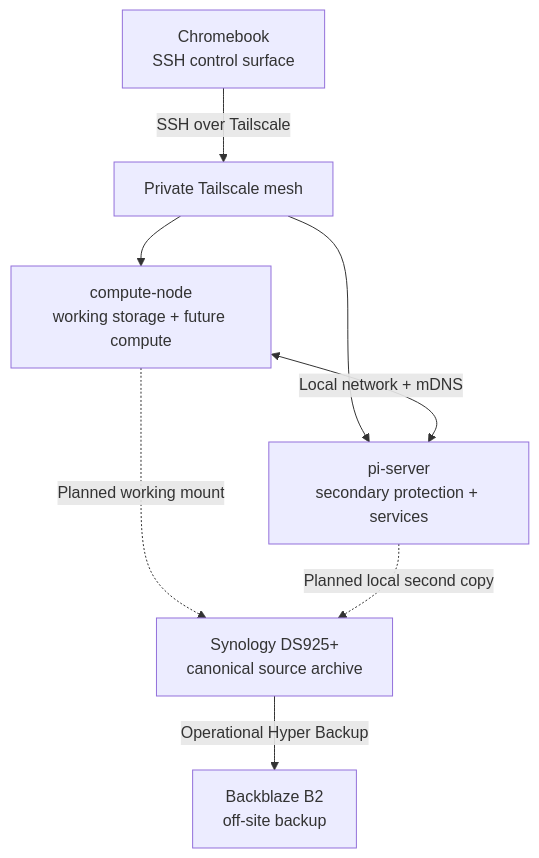
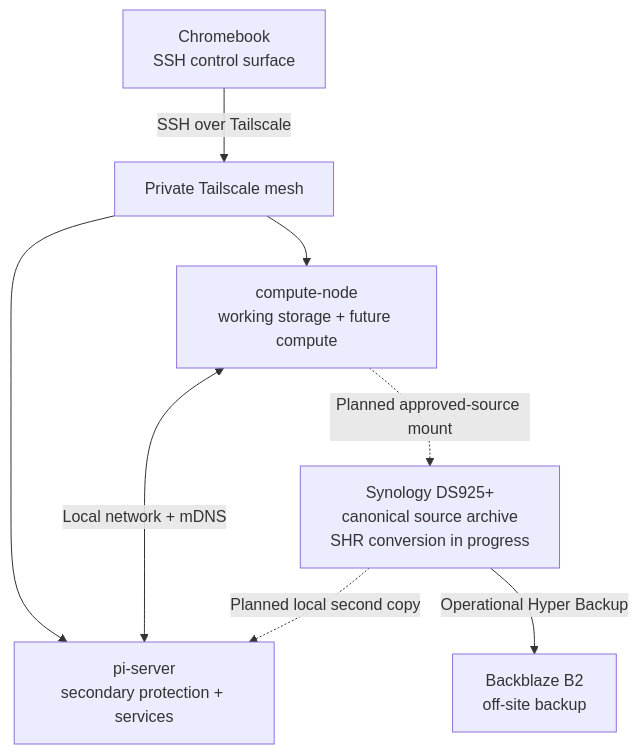
Before and after one commit to jaustinanderson/home-server-lab: the diagram in diagrams/home-lab-architecture.md, drawn with Mermaid. The commit also changed other lines of this file and 20 other files, not shown here.

````diff
--- a/diagrams/home-lab-architecture.md
+++ b/diagrams/home-lab-architecture.md
@@ -7,10 +7,10 @@
 ```mermaid
 flowchart TD
     C["Chromebook<br/>SSH control surface"] -->|"SSH over Tailscale"| T["Private Tailscale mesh"]
     T --> N["compute-node<br/>working storage + future compute"]
     T --> P["pi-server<br/>secondary protection + services"]
     N <-->|"Local network + mDNS"| P
-    N -.->|"Planned working mount"| S["Synology DS925+<br/>canonical source archive"]
-    P -.->|"Planned local second copy"| S
+    N -.->|"Planned approved-source mount"| S["Synology DS925+<br/>canonical source archive<br/>SHR conversion in progress"]
+    S -.->|"Planned local second copy"| P
     S -->|"Operational Hyper Backup"| B["Backblaze B2<br/>off-site backup"]
 ```
````
